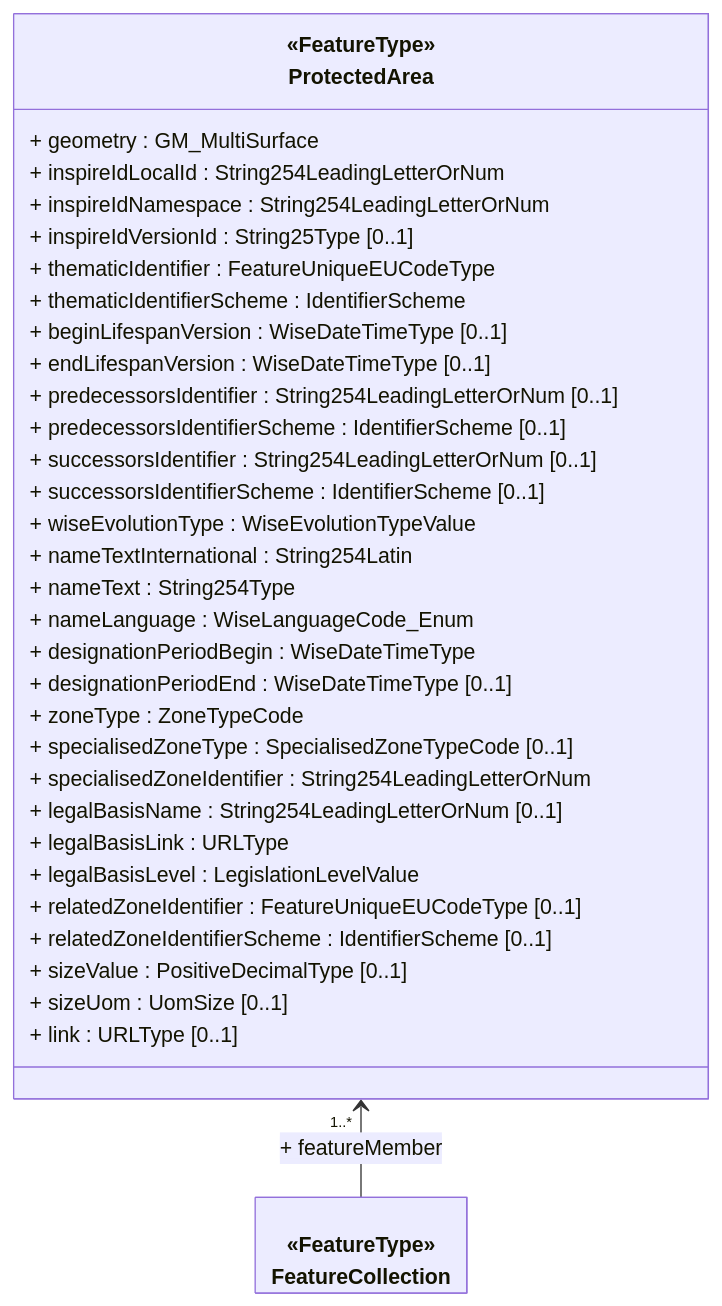
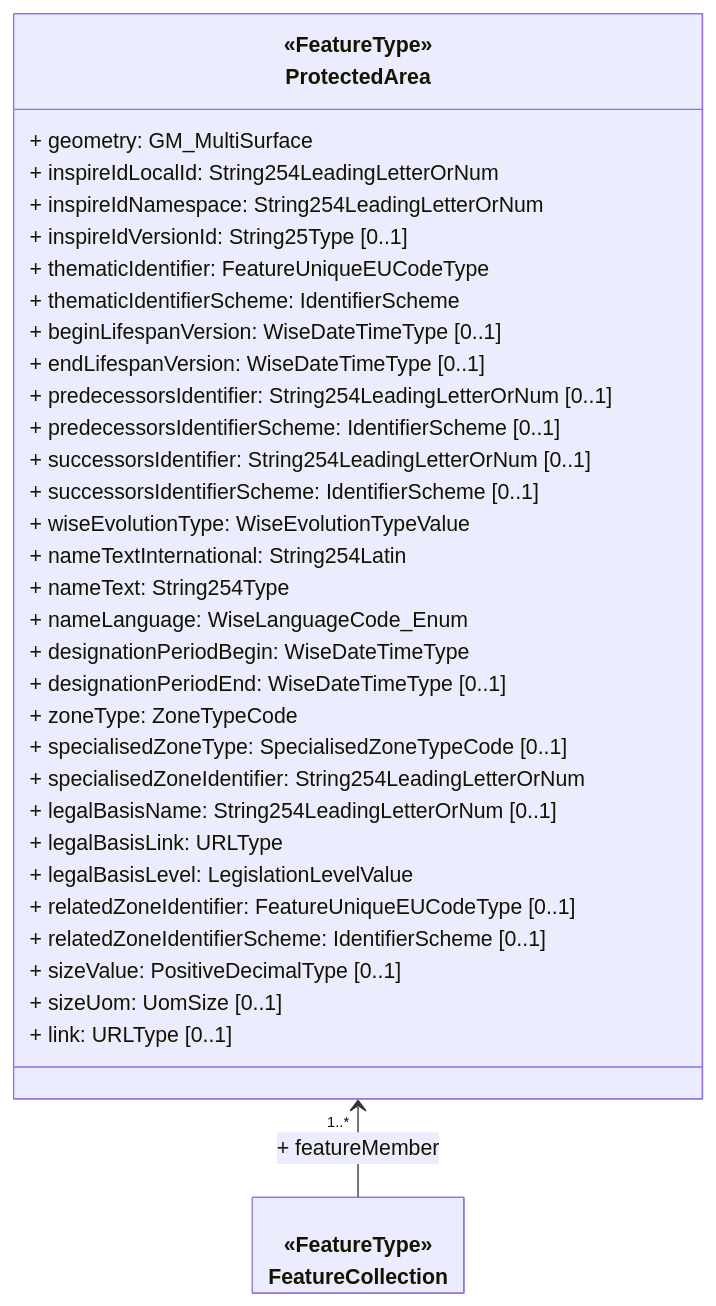
One commit to eeadata/WISE.WFD.Documentation changed the diagram in docs/DataModelReview/mmd/ProtectedAreas_3rdCycle_SpatialData_ClassDiagram.mmd. Above: the diagram before and after it, drawn with Mermaid. The commit also changed 49 other files, not shown here.

```diff
--- a/docs/DataModelReview/mmd/ProtectedAreas_3rdCycle_SpatialData_ClassDiagram.mmd
+++ b/docs/DataModelReview/mmd/ProtectedAreas_3rdCycle_SpatialData_ClassDiagram.mmd
@@ -1,48 +1,48 @@
 ---
 config:
   class:
     hideEmptyMembersBox: true
   layout: dagre
   theme: default
 ---
 
 classDiagram
     class ProtectedArea["«FeatureType»
     ProtectedArea"]  {
       
-        + geometry : GM_MultiSurface
-        + inspireIdLocalId : String254LeadingLetterOrNum
-        + inspireIdNamespace : String254LeadingLetterOrNum
-        + inspireIdVersionId : String25Type [0..1]
-        + thematicIdentifier : FeatureUniqueEUCodeType
-        + thematicIdentifierScheme : IdentifierScheme
-        + beginLifespanVersion : WiseDateTimeType [0..1]
-        + endLifespanVersion : WiseDateTimeType [0..1]
-        + predecessorsIdentifier : String254LeadingLetterOrNum [0..1]
-        + predecessorsIdentifierScheme : IdentifierScheme [0..1]
-        + successorsIdentifier : String254LeadingLetterOrNum [0..1]
-        + successorsIdentifierScheme : IdentifierScheme [0..1]
-        + wiseEvolutionType : WiseEvolutionTypeValue
-        + nameTextInternational : String254Latin
-        + nameText : String254Type
-        + nameLanguage : WiseLanguageCode_Enum
-        + designationPeriodBegin : WiseDateTimeType
-        + designationPeriodEnd : WiseDateTimeType [0..1]
-        + zoneType : ZoneTypeCode
-        + specialisedZoneType : SpecialisedZoneTypeCode [0..1]
-        + specialisedZoneIdentifier : String254LeadingLetterOrNum
-        + legalBasisName : String254LeadingLetterOrNum [0..1]
-        + legalBasisLink : URLType
-        + legalBasisLevel : LegislationLevelValue
-        + relatedZoneIdentifier : FeatureUniqueEUCodeType [0..1]
-        + relatedZoneIdentifierScheme : IdentifierScheme [0..1]
-        + sizeValue : PositiveDecimalType [0..1]
-        + sizeUom : UomSize [0..1]
-        + link : URLType [0..1]
+        + geometry: GM_MultiSurface
+        + inspireIdLocalId: String254LeadingLetterOrNum
+        + inspireIdNamespace: String254LeadingLetterOrNum
+        + inspireIdVersionId: String25Type [0..1]
+        + thematicIdentifier: FeatureUniqueEUCodeType
+        + thematicIdentifierScheme: IdentifierScheme
+        + beginLifespanVersion: WiseDateTimeType [0..1]
+        + endLifespanVersion: WiseDateTimeType [0..1]
+        + predecessorsIdentifier: String254LeadingLetterOrNum [0..1]
+        + predecessorsIdentifierScheme: IdentifierScheme [0..1]
+        + successorsIdentifier: String254LeadingLetterOrNum [0..1]
+        + successorsIdentifierScheme: IdentifierScheme [0..1]
+        + wiseEvolutionType: WiseEvolutionTypeValue
+        + nameTextInternational: String254Latin
+        + nameText: String254Type
+        + nameLanguage: WiseLanguageCode_Enum
+        + designationPeriodBegin: WiseDateTimeType
+        + designationPeriodEnd: WiseDateTimeType [0..1]
+        + zoneType: ZoneTypeCode
+        + specialisedZoneType: SpecialisedZoneTypeCode [0..1]
+        + specialisedZoneIdentifier: String254LeadingLetterOrNum
+        + legalBasisName: String254LeadingLetterOrNum [0..1]
+        + legalBasisLink: URLType
+        + legalBasisLevel: LegislationLevelValue
+        + relatedZoneIdentifier: FeatureUniqueEUCodeType [0..1]
+        + relatedZoneIdentifierScheme: IdentifierScheme [0..1]
+        + sizeValue: PositiveDecimalType [0..1]
+        + sizeUom: UomSize [0..1]
+        + link: URLType [0..1]
     }
     class FeatureCollection ["«FeatureType»
     FeatureCollection"] {
     }
    
   
-    ProtectedArea "1..*" <-- FeatureCollection  : + featureMember
+    ProtectedArea "1..*" <-- FeatureCollection : + featureMember
```
